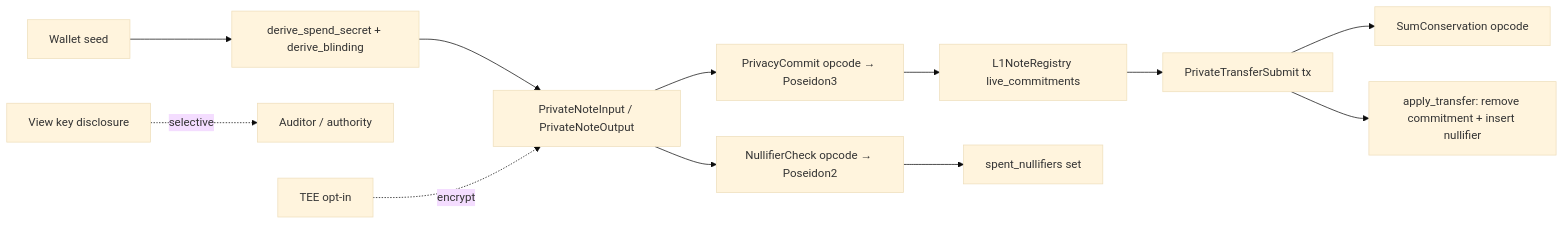
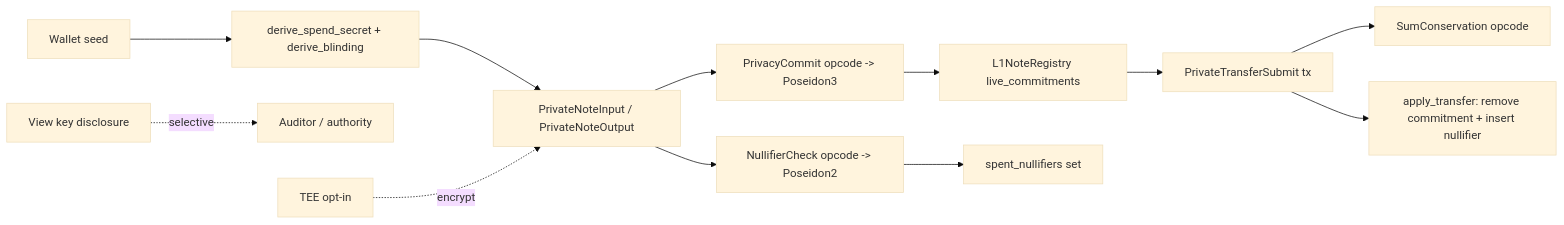
Diagram 26 of 51 in docs/ARCHITECTURE.md (budlum-xyz/budlum), drawn with Mermaid (base theme) before and after one commit. The commit also changed other lines of this file, not shown here.

````diff
--- a/docs/ARCHITECTURE.md
+++ b/docs/ARCHITECTURE.md
@@ -906,14 +906,14 @@
 ```mermaid
 flowchart LR
   Seed[Wallet seed] --> Derive["derive_spend_secret + derive_blinding"]
   Derive --> Note[PrivateNoteInput / PrivateNoteOutput]
-  Note --> Commit[PrivacyCommit opcode → Poseidon3]
+  Note --> Commit[PrivacyCommit opcode -> Poseidon3]
   Commit --> Reg[L1NoteRegistry live_commitments]
-  Note --> Null[NullifierCheck opcode → Poseidon2]
+  Note --> Null[NullifierCheck opcode -> Poseidon2]
   Null --> Spent[spent_nullifiers set]
   Reg --> Transfer[PrivateTransferSubmit tx]
   Transfer --> Verify[SumConservation opcode]
   Transfer --> Apply["apply_transfer: remove commitment + insert nullifier"]
   ViewKey[View key disclosure] -. selective .-> Audit[Auditor / authority]
   TEE[TEE opt-in] -. encrypt .-> Note
 ```
````
